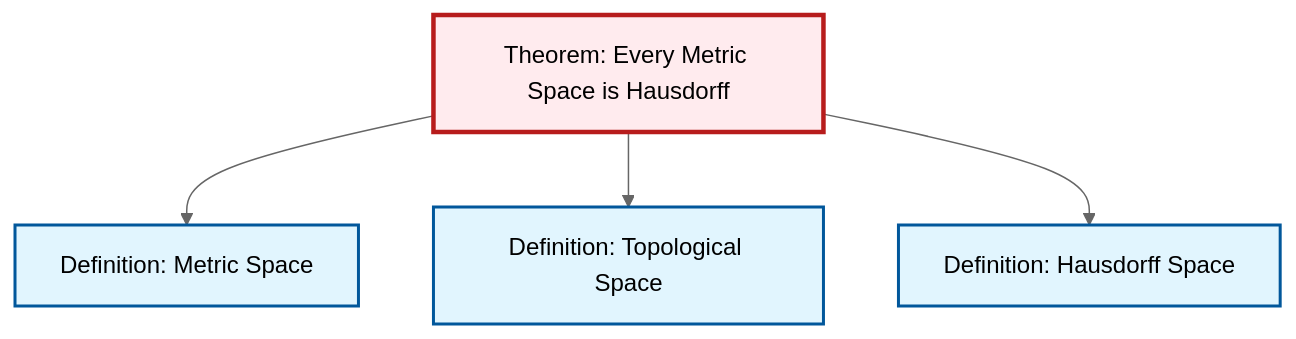
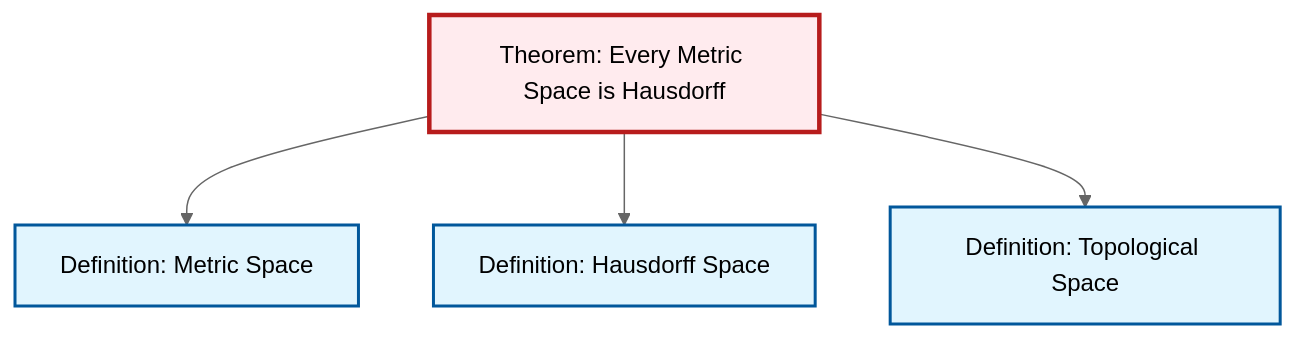
The diagram in content/ja/topology/thm-metric-hausdorff.qmd (RK0429/ModernMath), drawn with Mermaid (neutral theme) before and after one commit. The commit also changed other lines of this file and 619 other files, not shown here.

````diff
--- a/content/ja/topology/thm-metric-hausdorff.qmd
+++ b/content/ja/topology/thm-metric-hausdorff.qmd
@@ -63,20 +63,20 @@
 ```{mermaid}
 %%| fig-cap: "Local dependency graph"
 graph TD
     classDef definition fill:#e1f5fe,stroke:#01579b,stroke-width:2px
     classDef theorem fill:#f3e5f5,stroke:#4a148c,stroke-width:2px
     classDef axiom fill:#fff3e0,stroke:#e65100,stroke-width:2px
     classDef example fill:#e8f5e9,stroke:#1b5e20,stroke-width:2px
     classDef current fill:#ffebee,stroke:#b71c1c,stroke-width:3px
+    def-topological-space["Definition: Topological Space"]:::definition
+    thm-metric-hausdorff["Theorem: Every Metric Space is Hausdorff"]:::theorem
     def-metric-space["Definition: Metric Space"]:::definition
-    thm-metric-hausdorff["Theorem: Every Metric Space is Hausdorff"]:::theorem
-    def-topological-space["Definition: Topological Space"]:::definition
     def-hausdorff["Definition: Hausdorff Space"]:::definition
     thm-metric-hausdorff --> def-metric-space
+    thm-metric-hausdorff --> def-hausdorff
     thm-metric-hausdorff --> def-topological-space
-    thm-metric-hausdorff --> def-hausdorff
     class thm-metric-hausdorff current
+    click def-topological-space "def-topological-space.html" "Definition: Topological Spaceへ"
     click def-metric-space "def-metric-space.html" "Definition: Metric Spaceへ"
-    click def-topological-space "def-topological-space.html" "Definition: Topological Spaceへ"
     click def-hausdorff "def-hausdorff.html" "Definition: Hausdorff Spaceへ"
 ```
````
